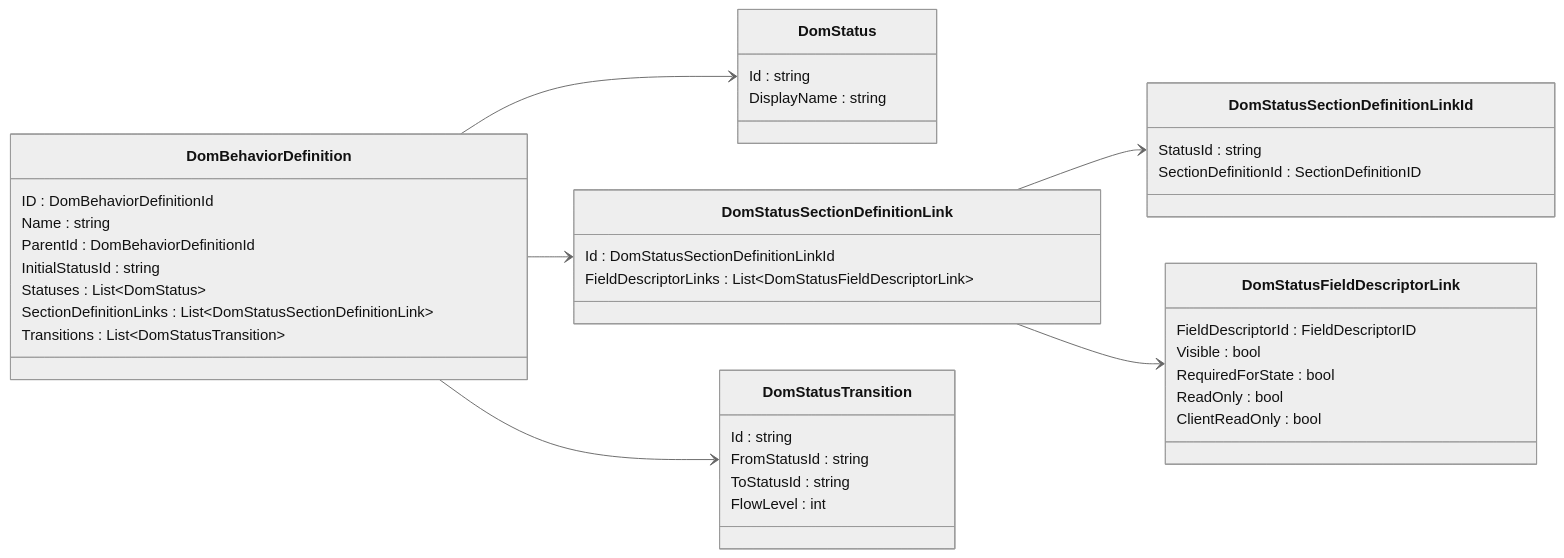
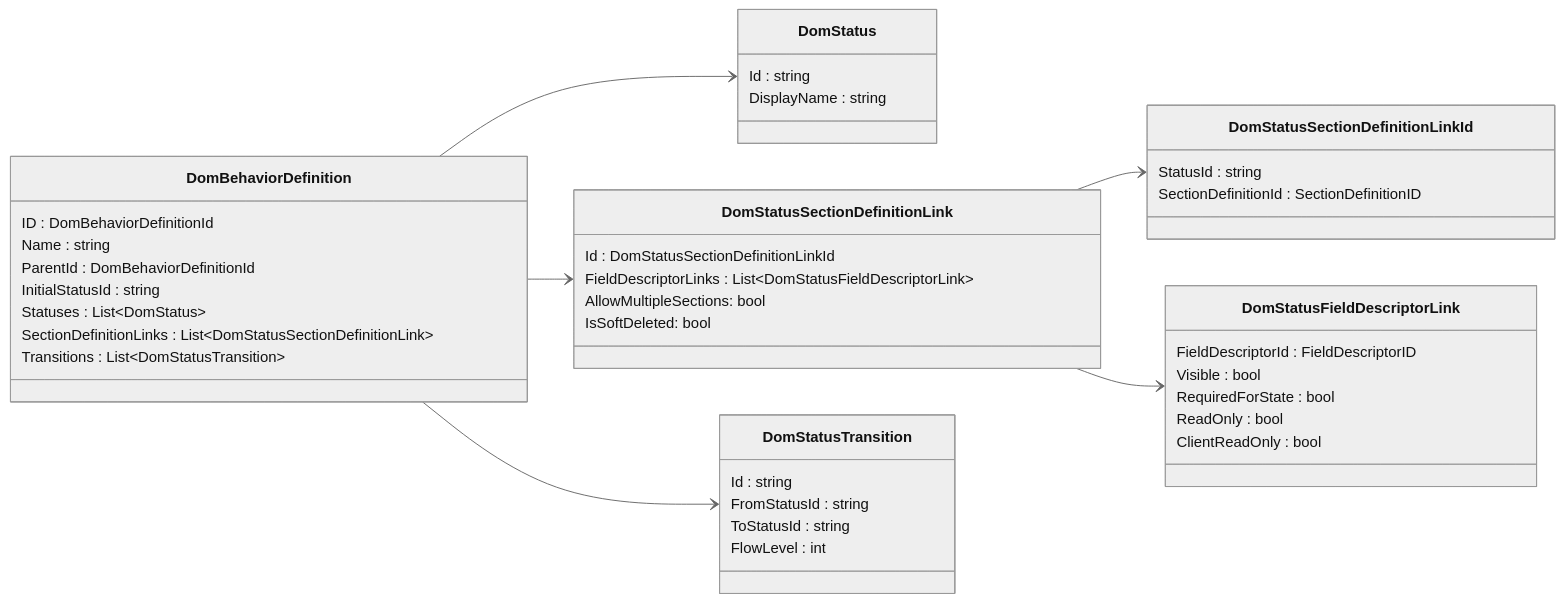
Before and after one commit to SkylineCommunications/dataminer-docs: the diagram in user-guide/Advanced_Modules/DOM/DOM_status_system.md, drawn with Mermaid (neutral theme). The commit also changed other lines of this file and 3 other files, not shown here.

````diff
--- a/user-guide/Advanced_Modules/DOM/DOM_status_system.md
+++ b/user-guide/Advanced_Modules/DOM/DOM_status_system.md
@@ -11,50 +11,52 @@
 ```mermaid
 classDiagram
 direction LR
 class DomBehaviorDefinition {
    ID : DomBehaviorDefinitionId
    Name : string
    ParentId : DomBehaviorDefinitionId
    InitialStatusId : string
    Statuses : List~DomStatus~
    SectionDefinitionLinks : List~DomStatusSectionDefinitionLink~
    Transitions : List~DomStatusTransition~
 }
 
 class DomStatus {
    Id : string
    DisplayName : string
 }
 
 class DomStatusSectionDefinitionLink {
    Id : DomStatusSectionDefinitionLinkId
    FieldDescriptorLinks : List~DomStatusFieldDescriptorLink~
+   AllowMultipleSections: bool
+   IsSoftDeleted: bool
 }
 
 class DomStatusTransition {
    Id : string
    FromStatusId : string
    ToStatusId : string
    FlowLevel : int
 
 }
 
 class DomStatusSectionDefinitionLinkId {
    StatusId : string
    SectionDefinitionId : SectionDefinitionID
 }
 
 class DomStatusFieldDescriptorLink {
    FieldDescriptorId : FieldDescriptorID
    Visible : bool
    RequiredForState : bool
    ReadOnly : bool
    ClientReadOnly : bool
 }
 
 DomBehaviorDefinition --> DomStatus
 DomBehaviorDefinition --> DomStatusSectionDefinitionLink
 DomBehaviorDefinition --> DomStatusTransition
 DomStatusSectionDefinitionLink --> DomStatusSectionDefinitionLinkId
 DomStatusSectionDefinitionLink --> DomStatusFieldDescriptorLink 
 ```
````
